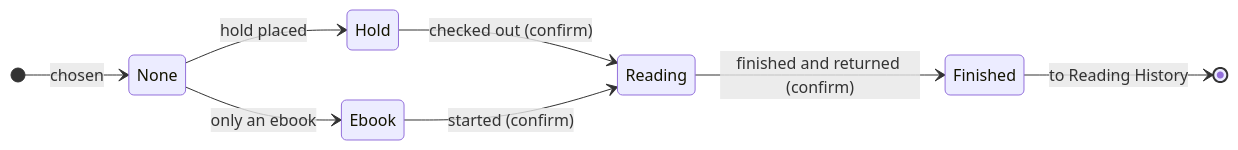
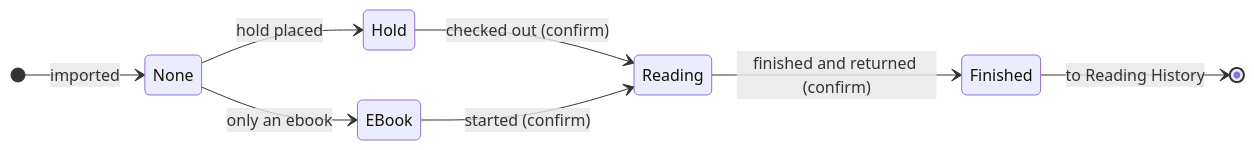
The diagram in docs/2026-10-19_data-model-and-wishlist-options.md (seanlin-larc/reads), drawn with Mermaid before and after one commit. The commit also changed other lines of this file and 16 other files, not shown here.

````diff
--- a/docs/2026-10-19_data-model-and-wishlist-options.md
+++ b/docs/2026-10-19_data-model-and-wishlist-options.md
@@ -28,11 +31,11 @@
 ```mermaid
 stateDiagram-v2
   direction LR
-  [*] --> None: chosen
+  [*] --> None: imported
   None --> Hold: hold placed
-  None --> Ebook: only an ebook
+  None --> EBook: only an ebook
   Hold --> Reading: checked out (confirm)
-  Ebook --> Reading: started (confirm)
+  EBook --> Reading: started (confirm)
   Reading --> Finished: finished and returned (confirm)
   Finished --> [*]: to Reading History
 ```
````
